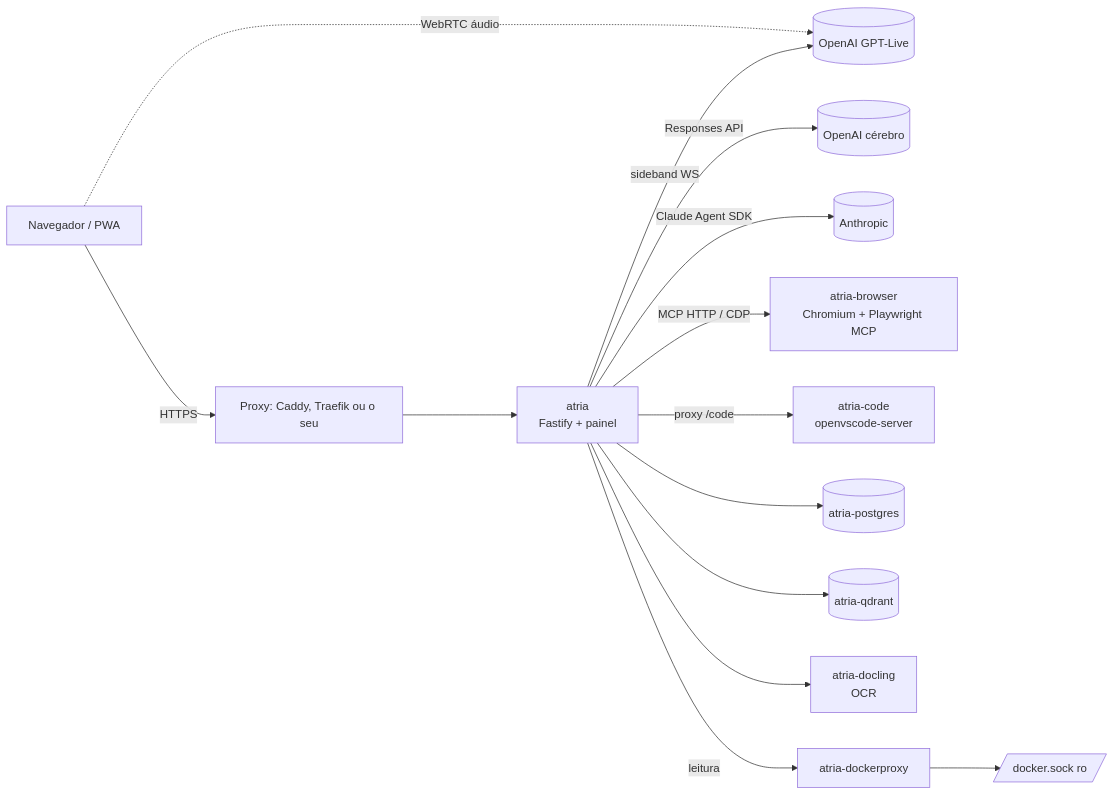
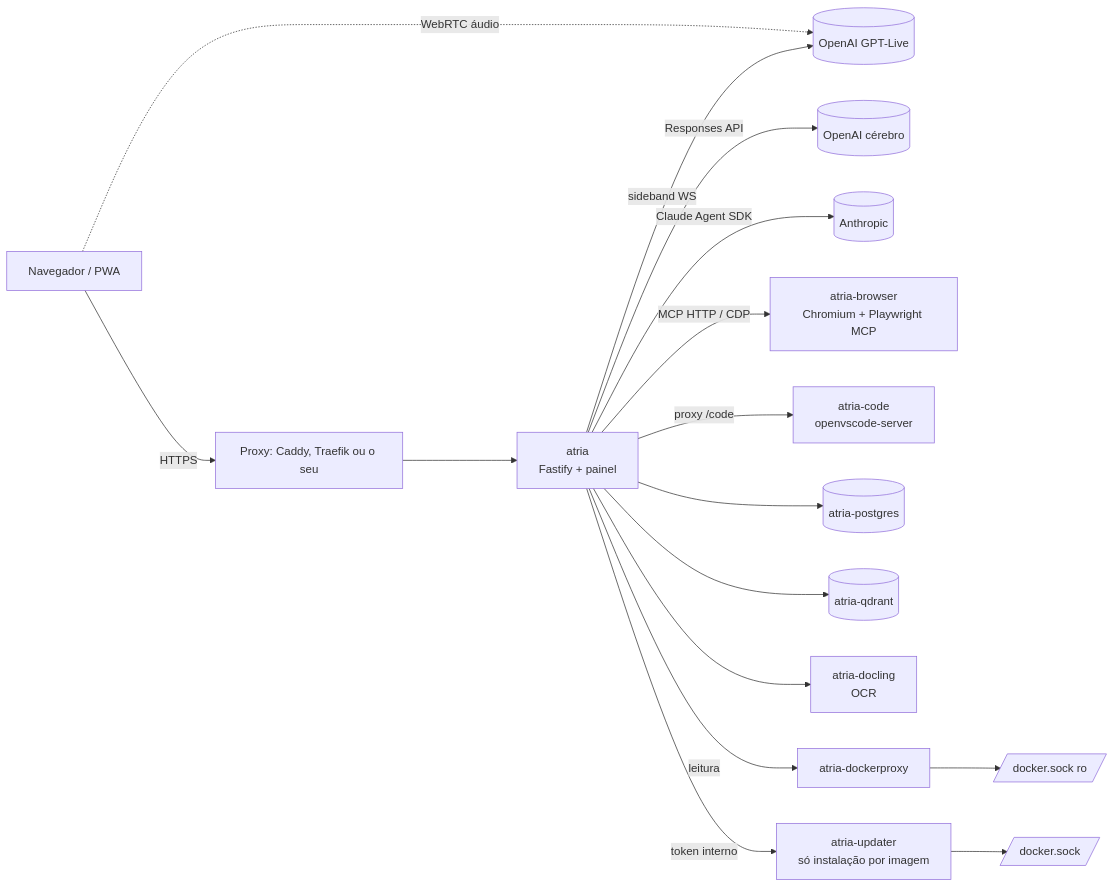
The diagram in docs/arquitetura.md (eliveutonsouza/atria-os), drawn with Mermaid before and after one commit. The commit also changed other lines of this file and 41 other files, not shown here.

````diff
--- a/docs/arquitetura.md
+++ b/docs/arquitetura.md
@@ -12,15 +12,16 @@
 ```mermaid
 flowchart LR
   U[Navegador / PWA] -- HTTPS --> P[Proxy: Caddy, Traefik ou o seu]
   P --> C[atria<br/>Fastify + painel]
   U -. WebRTC áudio .-> O[(OpenAI GPT-Live)]
   C -- sideband WS --> O
   C -- Responses API --> B[(OpenAI cérebro)]
   C -- Claude Agent SDK --> A[(Anthropic)]
   C -- MCP HTTP / CDP --> BR[atria-browser<br/>Chromium + Playwright MCP]
   C -- proxy /code --> VS[atria-code<br/>openvscode-server]
   C --> PG[(atria-postgres)]
   C --> QD[(atria-qdrant)]
   C --> DL[atria-docling<br/>OCR]
   C -- leitura --> DP[atria-dockerproxy] --> DS[/docker.sock ro/]
+  C -- token interno --> UP[atria-updater<br/>só instalação por imagem] --> DS2[/docker.sock/]
 ```
````
